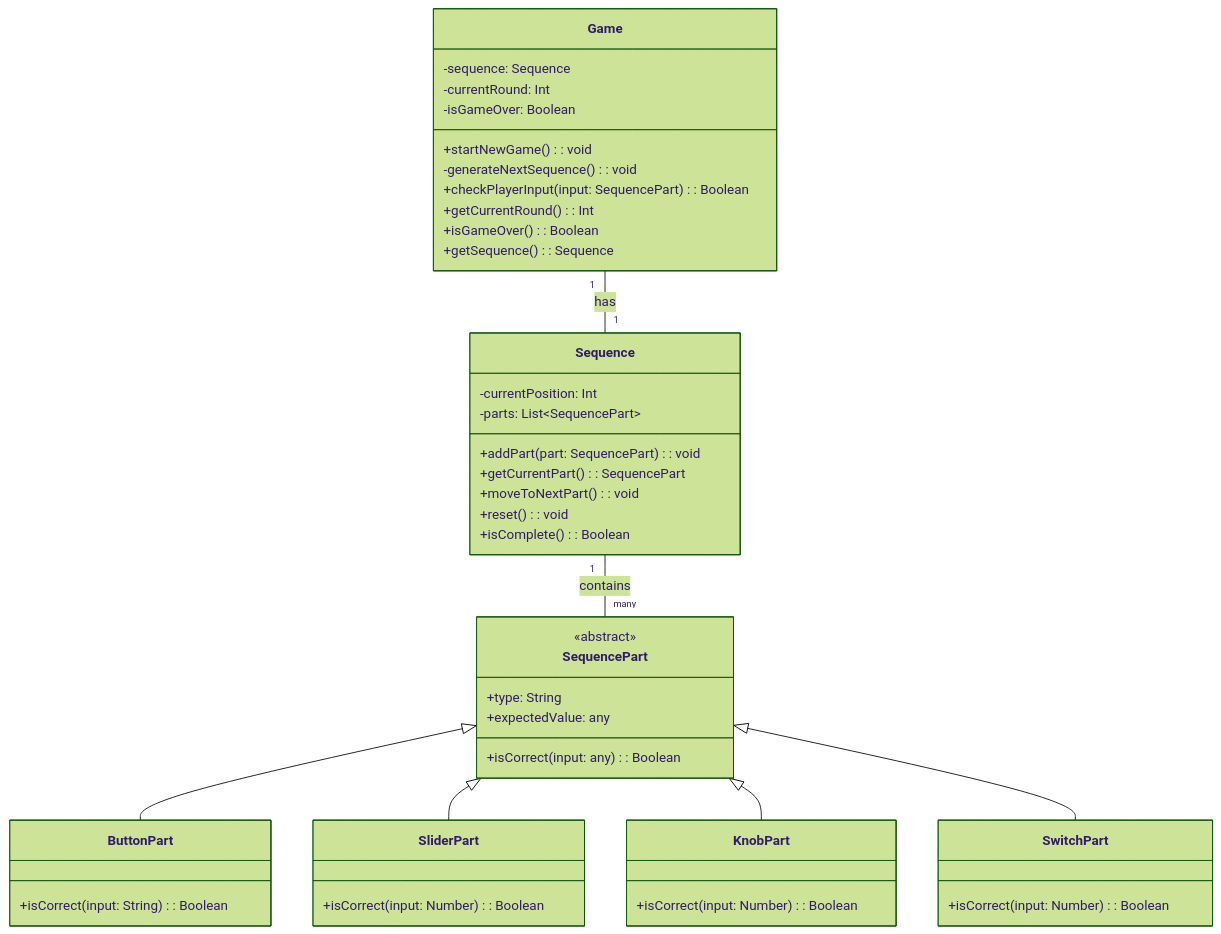
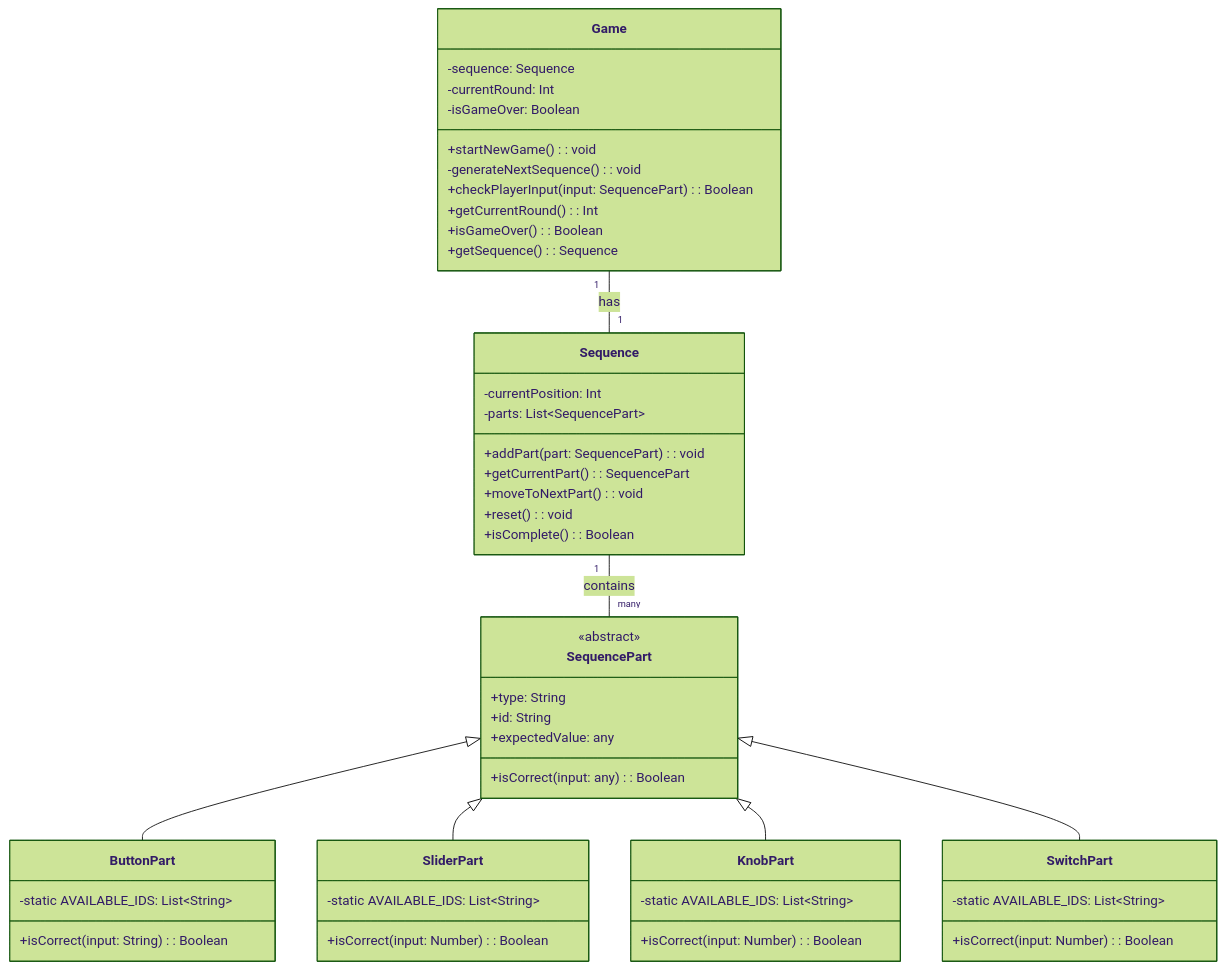
The fourth of 5 diagrams in docs/system-design.md (GitDevla/infinite-simon), drawn with Mermaid (forest theme) before and after one commit.

Commit message:
docs: add id to Parts classes in system-design.md

````diff
--- a/docs/system-design.md
+++ b/docs/system-design.md
@@ -199,54 +199,59 @@
 ```mermaid
 classDiagram
     class SequencePart {
         <<abstract>>
         +type: String
+        +id: String
         +expectedValue: any
         +isCorrect(input: any): Boolean
     }
 
     class ButtonPart {
+        -static AVAILABLE_IDS: List~String~
         +isCorrect(input: String): Boolean
     }
 
     class SliderPart {
+        -static AVAILABLE_IDS: List~String~
         +isCorrect(input: Number): Boolean
     }
 
     class KnobPart {
+        -static AVAILABLE_IDS: List~String~
         +isCorrect(input: Number): Boolean
     }
 
     class SwitchPart {
+        -static AVAILABLE_IDS: List~String~
         +isCorrect(input: Number): Boolean
     }
 
     class Sequence {
         -currentPosition: Int
         -parts: List~SequencePart~
         +addPart(part: SequencePart): void
         +getCurrentPart(): SequencePart
         +moveToNextPart(): void
         +reset(): void
         +isComplete(): Boolean
     }
   
     class Game {
         -sequence: Sequence
         -currentRound: Int
         -isGameOver: Boolean
         +startNewGame(): void
         -generateNextSequence(): void
         +checkPlayerInput(input: SequencePart): Boolean
         +getCurrentRound(): Int
         +isGameOver(): Boolean
         +getSequence(): Sequence
     }
 
     Sequence "1" -- "many" SequencePart : contains
     Game "1" -- "1" Sequence : has
     SequencePart <|-- ButtonPart
     SequencePart <|-- SliderPart
     SequencePart <|-- KnobPart
     SequencePart <|-- SwitchPart
 ```
````
